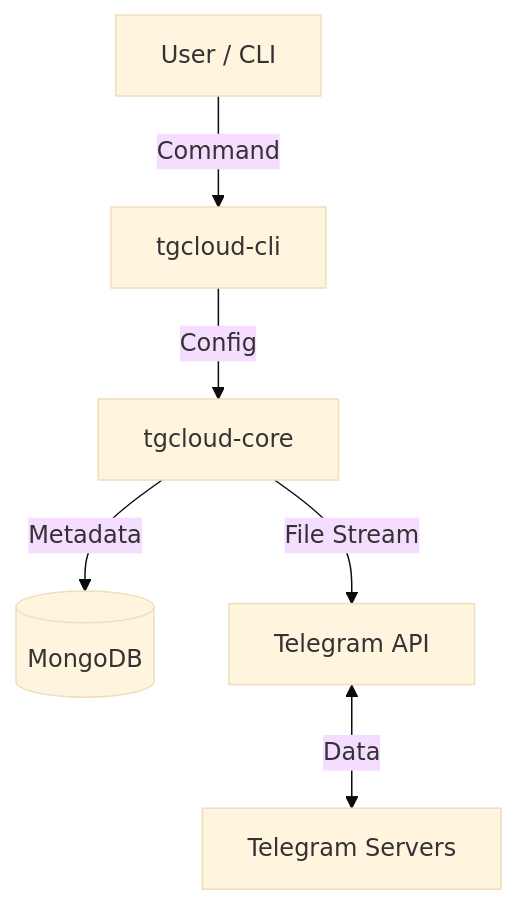
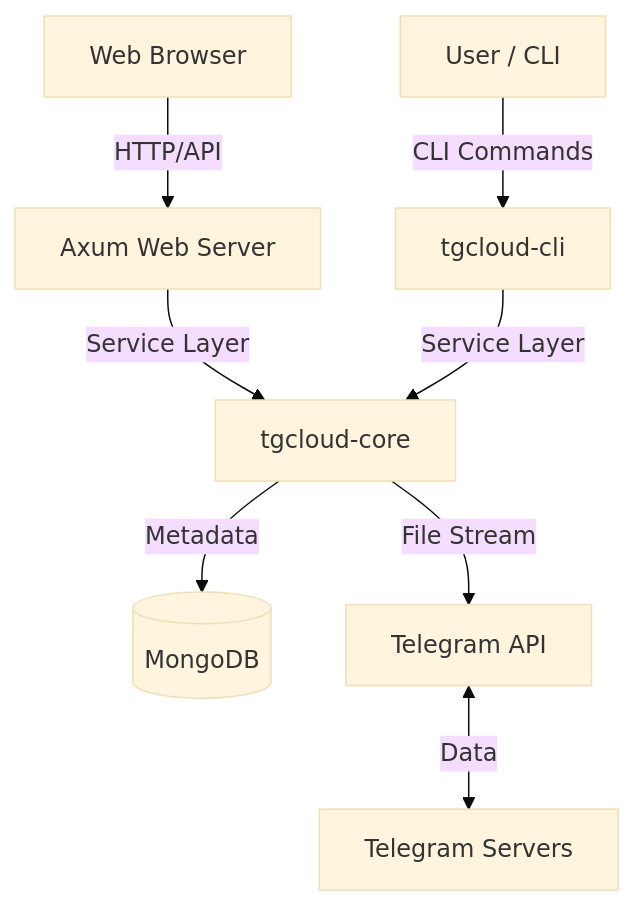
Before and after one commit to angel2rider/tgcloud: the diagram in README.md, drawn with Mermaid (base theme). The commit also changed other lines of this file, not shown here.

Commit message:
docs: comprehensive README update with Web GUI and robust architecture documentation

````diff
--- a/README.md
+++ b/README.md
@@ -35,8 +36,10 @@
 ```mermaid
 graph TD
-    A[User / CLI] -->|Command| B[tgcloud-cli]
-    B -->|Config| C[tgcloud-core]
+    A[User / CLI] -->|CLI Commands| B[tgcloud-cli]
+    G[Web Browser] -->|HTTP/API| H[Axum Web Server]
+    H -->|Service Layer| C[tgcloud-core]
+    B -->|Service Layer| C
     C -->|Metadata| D[(MongoDB)]
     C -->|File Stream| E[Telegram API]
     E <-->|Data| F[Telegram Servers]
 ```
````
